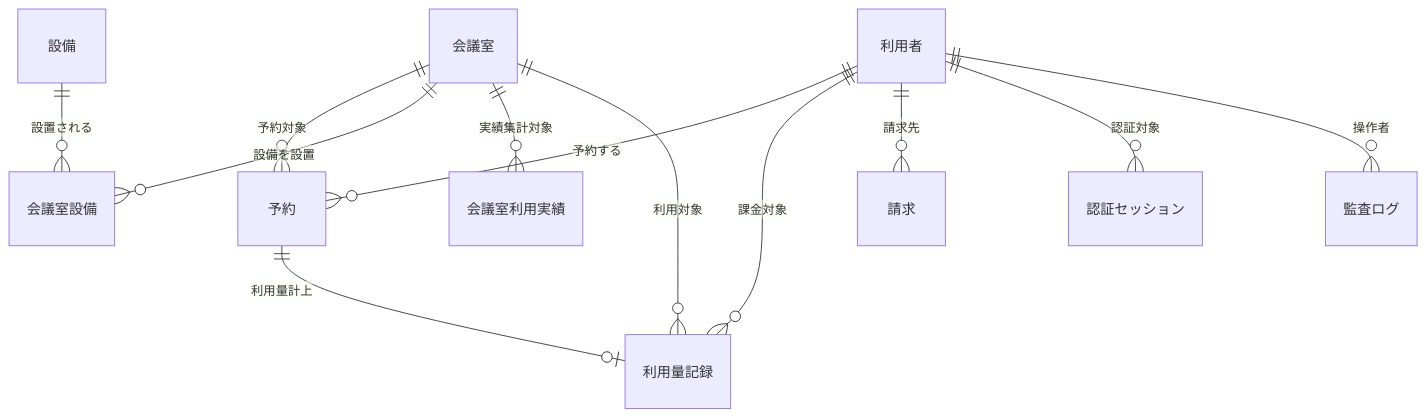
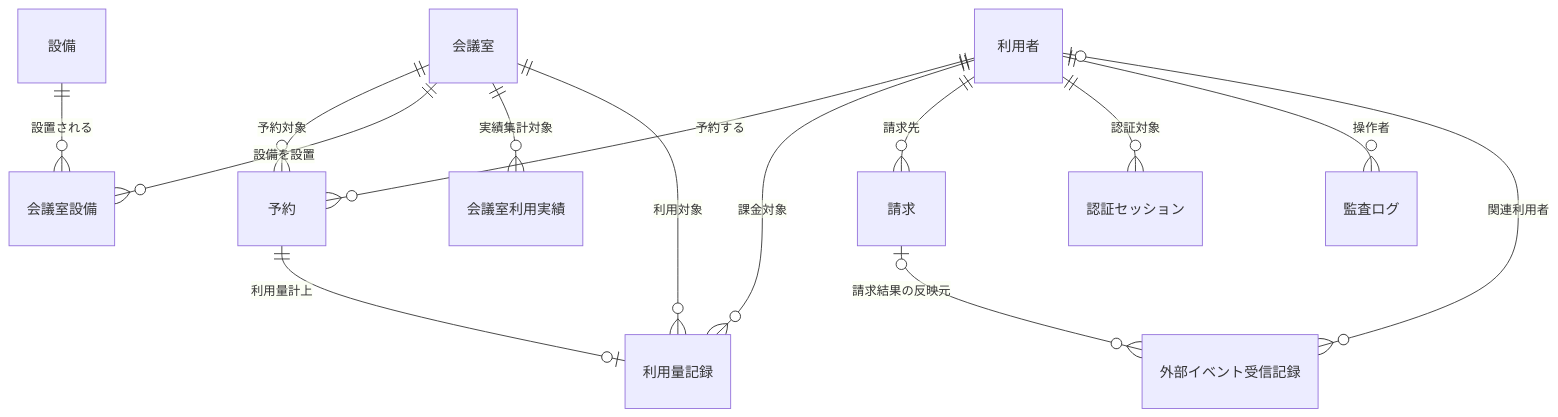
Before and after one commit to sikakou54/system-document-template: the diagram in docs/02_要件定義/03_データモデル/概念ER図.md, drawn with Mermaid. The commit also changed other lines of this file and 55 other files, not shown here.

````diff
--- a/docs/02_要件定義/03_データモデル/概念ER図.md
+++ b/docs/02_要件定義/03_データモデル/概念ER図.md
@@ -11,14 +11,16 @@
 ```mermaid
 erDiagram
     利用者 ||--o{ 予約 : "予約する"
     会議室 ||--o{ 予約 : "予約対象"
     会議室 ||--o{ 会議室設備 : "設備を設置"
     設備 ||--o{ 会議室設備 : "設置される"
     会議室 ||--o{ 会議室利用実績 : "実績集計対象"
     予約 ||--o| 利用量記録 : "利用量計上"
     利用者 ||--o{ 利用量記録 : "課金対象"
     会議室 ||--o{ 利用量記録 : "利用対象"
     利用者 ||--o{ 請求 : "請求先"
     利用者 ||--o{ 認証セッション : "認証対象"
     利用者 ||--o{ 監査ログ : "操作者"
+    利用者 o|--o{ 外部イベント受信記録 : "関連利用者"
+    請求 o|--o{ 外部イベント受信記録 : "請求結果の反映元"
 ```
````
